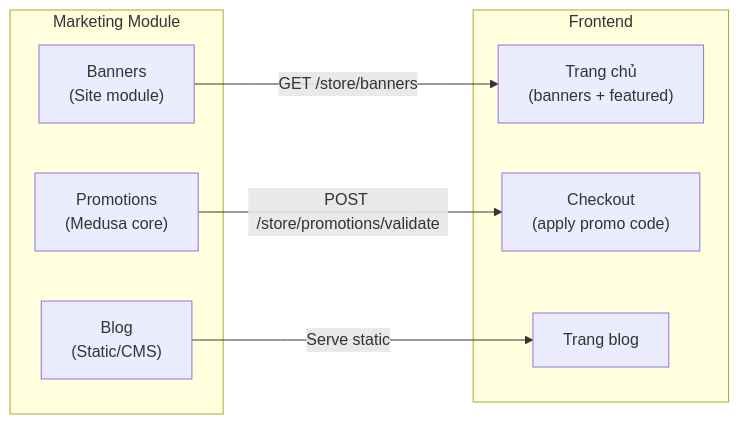
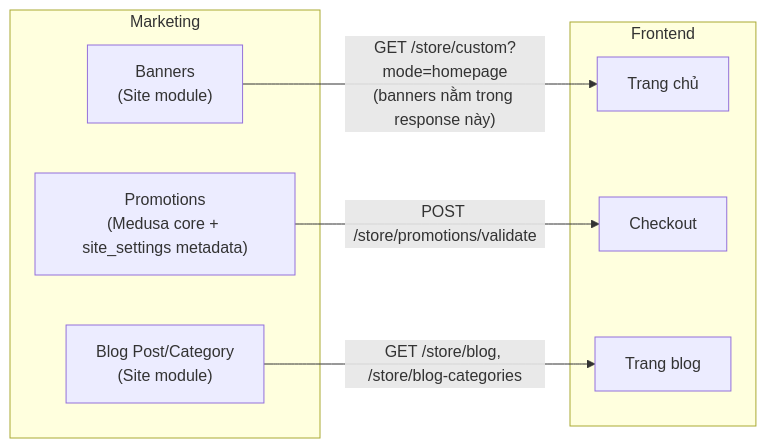
The first of 3 diagrams in docs/06-marketing/README.md (pathust/mong.fruitboxz), drawn with Mermaid before and after one commit. The commit also changed other lines of this file, not shown here.

````diff
--- a/docs/06-marketing/README.md
+++ b/docs/06-marketing/README.md
@@ -9,18 +9,18 @@
 ```mermaid
 graph LR
-    subgraph Marketing Module
-        PROMO["Promotions\n(Medusa core)"]
+    subgraph Marketing
+        PROMO["Promotions\n(Medusa core + site_settings metadata)"]
         BANNER["Banners\n(Site module)"]
-        BLOG["Blog\n(Static/CMS)"]
+        BLOG["Blog Post/Category\n(Site module)"]
     end
 
     subgraph Frontend
-        HOME["Trang chủ\n(banners + featured)"]
-        CART["Checkout\n(apply promo code)"]
+        HOME["Trang chủ"]
+        CART["Checkout"]
         BLOG_PAGE["Trang blog"]
     end
 
-    BANNER -->|GET /store/banners| HOME
+    BANNER -->|"GET /store/custom?mode=homepage\n(banners nằm trong response này)"| HOME
     PROMO -->|POST /store/promotions/validate| CART
-    BLOG -->|Serve static| BLOG_PAGE
+    BLOG -->|"GET /store/blog, /store/blog-categories"| BLOG_PAGE
 ```
````
